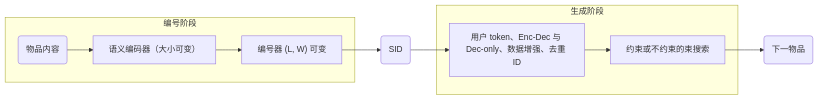
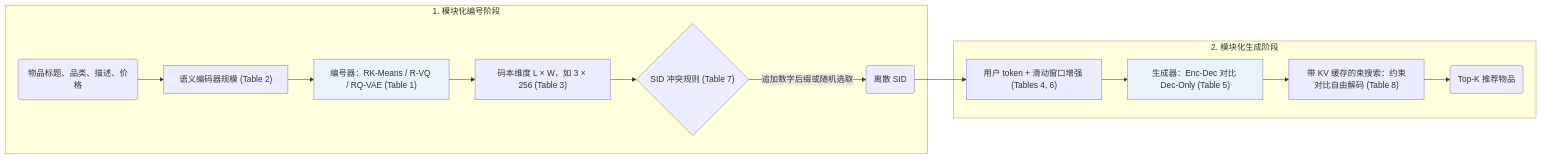
The diagram in notes/zh/grid.md (Galaxy-ghost/Awesome-SID-Generative-Rec), drawn with Mermaid before and after one commit. The commit also changed other lines of this file and 649 other files, not shown here.

Commit message:
writer-05: also tags and modality index (schema, check, build, visuals); summary field removed; calibration data for 12 papers

````diff
--- a/notes/zh/grid.md
+++ b/notes/zh/grid.md
@@ -9,12 +14,17 @@
 ```mermaid
 flowchart LR
-    subgraph Tok["编号阶段"]
-        A("物品内容") --> B["语义编码器（大小可变）"]
-        B --> C["编号器 (L, W) 可变"]
+    subgraph Tok["1. 模块化编号阶段"]
+        A("物品标题、品类、描述、价格") --> B["语义编码器规模 (Table 2)"]
+        B --> C["编号器：RK-Means / R-VQ / RQ-VAE (Table 1)"]:::key
+        C --> D["码本维度 L × W，如 3 × 256 (Table 3)"]
+        D --> E{"SID 冲突规则 (Table 7)"}
+        E -->|追加数字后缀或随机选取| F("离散 SID")
     end
-    subgraph Gen["生成阶段"]
-        D["用户 token、Enc-Dec 与 Dec-only、数据增强、去重 ID"] --> E["约束或不约束的束搜索"]
+    subgraph Gen["2. 模块化生成阶段"]
+        F --> G["用户 token + 滑动窗口增强 (Tables 4, 6)"]
+        G --> H["生成器：Enc-Dec 对比 Dec-Only (Table 5)"]:::key
+        H --> I["带 KV 缓存的束搜索：约束对比自由解码 (Table 8)"]
+        I --> J("Top-K 推荐物品")
     end
-    C --> F("SID") --> D
-    E --> G("下一物品")
+    classDef key fill:#eaf2fb,stroke:#6b8fc7
 ```
````
